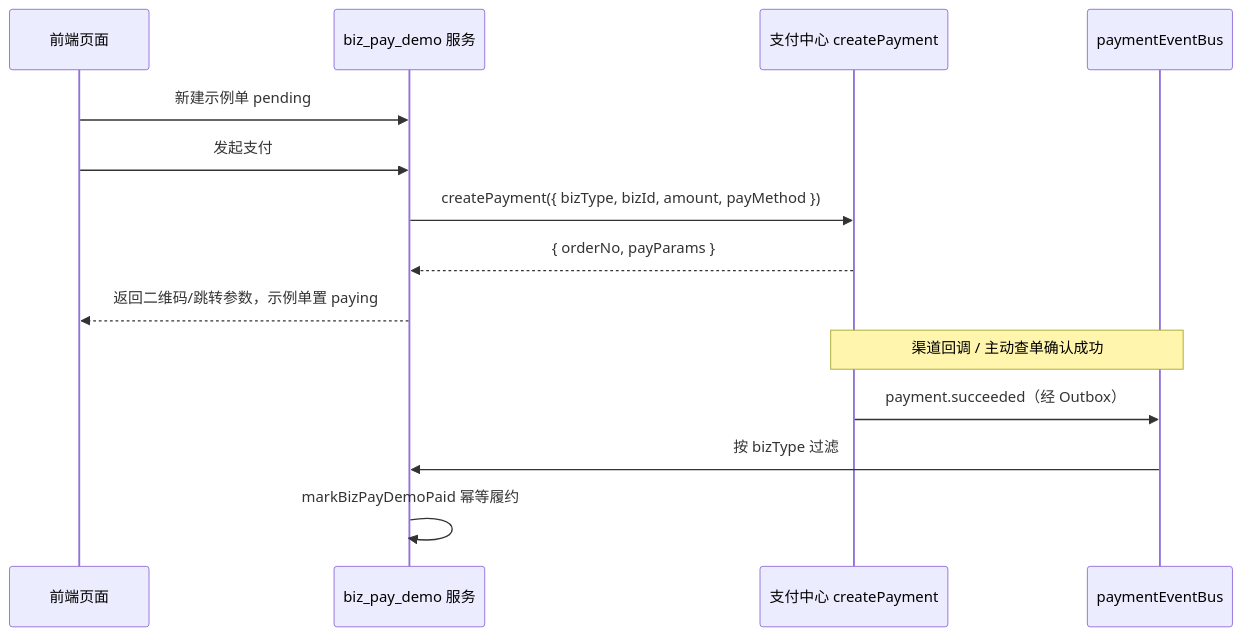
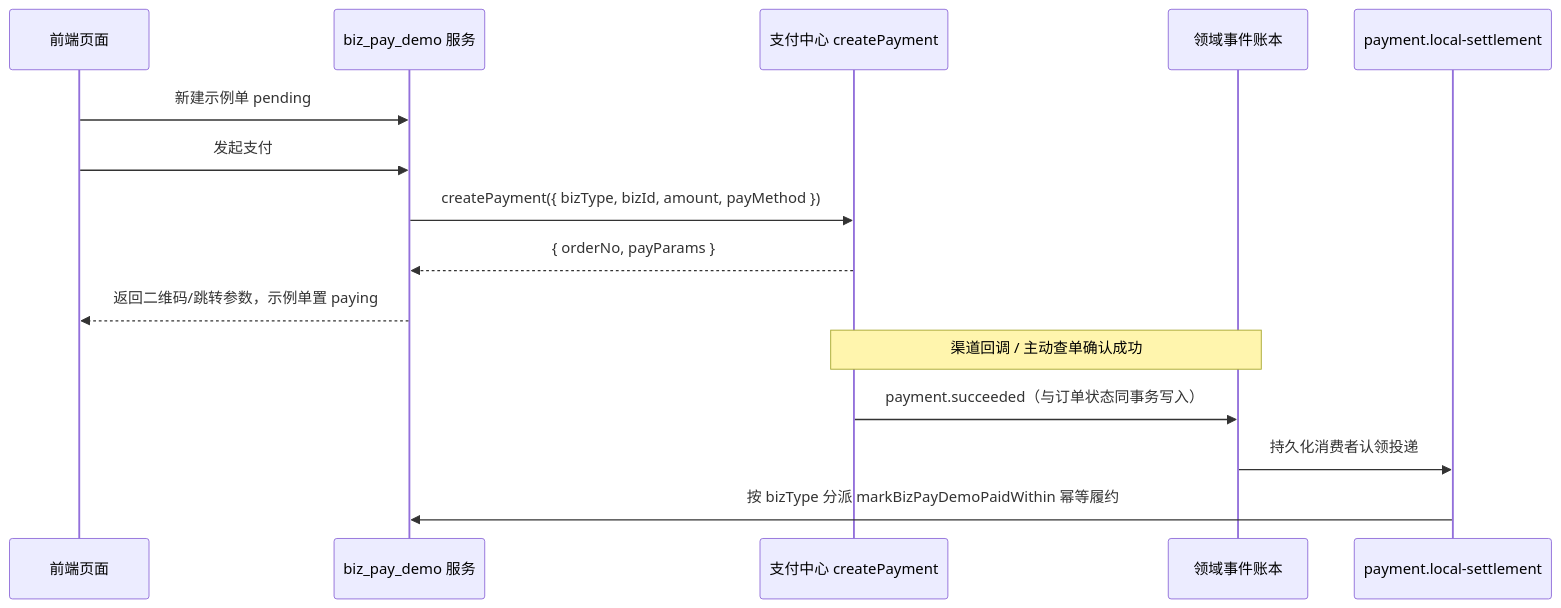
One commit to iwangbowen/zenith-admin changed the diagram in docs/payment/integration-example.md. Above: the diagram before and after it, drawn with Mermaid. The commit also changed other lines of this file and 34 other files, not shown here.

First line of the commit message:
refactor(payment): remove legacy in-process payment event bus

````diff
--- a/docs/payment/integration-example.md
+++ b/docs/payment/integration-example.md
@@ -9,16 +9,17 @@
 ```mermaid
 sequenceDiagram
     participant FE as 前端页面
     participant BIZ as biz_pay_demo 服务
     participant PAY as 支付中心 createPayment
-    participant BUS as paymentEventBus
+    participant LEDGER as 领域事件账本
+    participant SETTLE as payment.local-settlement
     FE->>BIZ: 新建示例单 pending
     FE->>BIZ: 发起支付
     BIZ->>PAY: createPayment({ bizType, bizId, amount, payMethod })
     PAY-->>BIZ: { orderNo, payParams }
     BIZ-->>FE: 返回二维码/跳转参数，示例单置 paying
-    Note over PAY,BUS: 渠道回调 / 主动查单确认成功
-    PAY->>BUS: payment.succeeded（经 Outbox）
-    BUS->>BIZ: 按 bizType 过滤
-    BIZ->>BIZ: markBizPayDemoPaid 幂等履约
+    Note over PAY,LEDGER: 渠道回调 / 主动查单确认成功
+    PAY->>LEDGER: payment.succeeded（与订单状态同事务写入）
+    LEDGER->>SETTLE: 持久化消费者认领投递
+    SETTLE->>BIZ: 按 bizType 分派 markBizPayDemoPaidWithin 幂等履约
 ```
````
